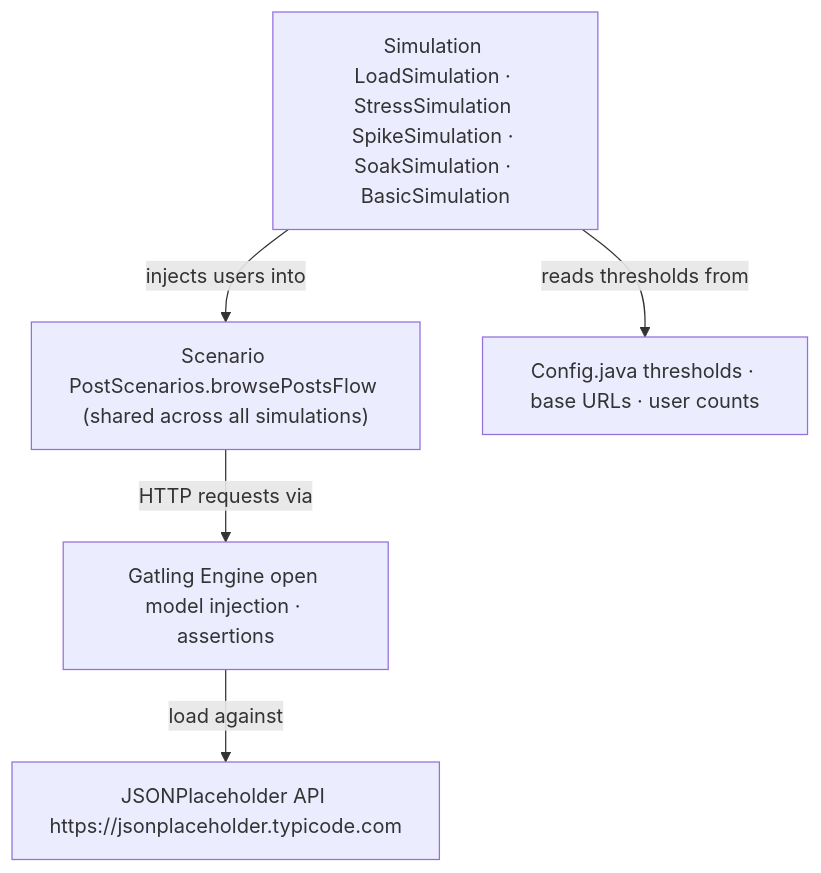
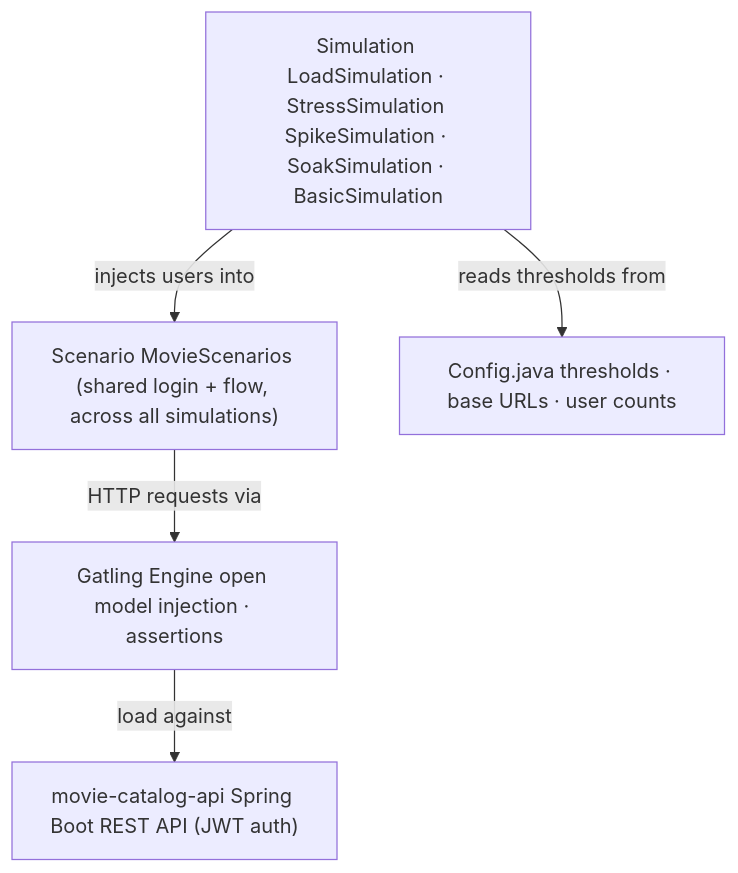
Before and after one commit to EnesAkyel/test-strategy: the seventh of 7 diagrams in architecture/system-architecture.md, drawn with Mermaid. The commit also changed other lines of this file and 9 other files, not shown here.

First line of the commit message:
Sync docs with playwright-ts's move to movie-catalog-ui and other accuracy fixes

````diff
--- a/architecture/system-architecture.md
+++ b/architecture/system-architecture.md
@@ -139,13 +138,13 @@
 ```mermaid
 flowchart TD
     SIM["Simulation LoadSimulation · StressSimulation SpikeSimulation · SoakSimulation · BasicSimulation"]
-    SC["Scenario PostScenarios.browsePostsFlow (shared across all simulations)"]
+    SC["Scenario MovieScenarios (shared login + flow, across all simulations)"]
     CFG["Config.java thresholds · base URLs · user counts"]
     GE["Gatling Engine open model injection · assertions"]
-    API["JSONPlaceholder API https://jsonplaceholder.typicode.com"]
+    API["movie-catalog-api Spring Boot REST API (JWT auth)"]
 
     SIM -->|"injects users into"| SC
     SIM -->|"reads thresholds from"| CFG
     SC -->|"HTTP requests via"| GE
     GE -->|"load against"| API
 ```
````
